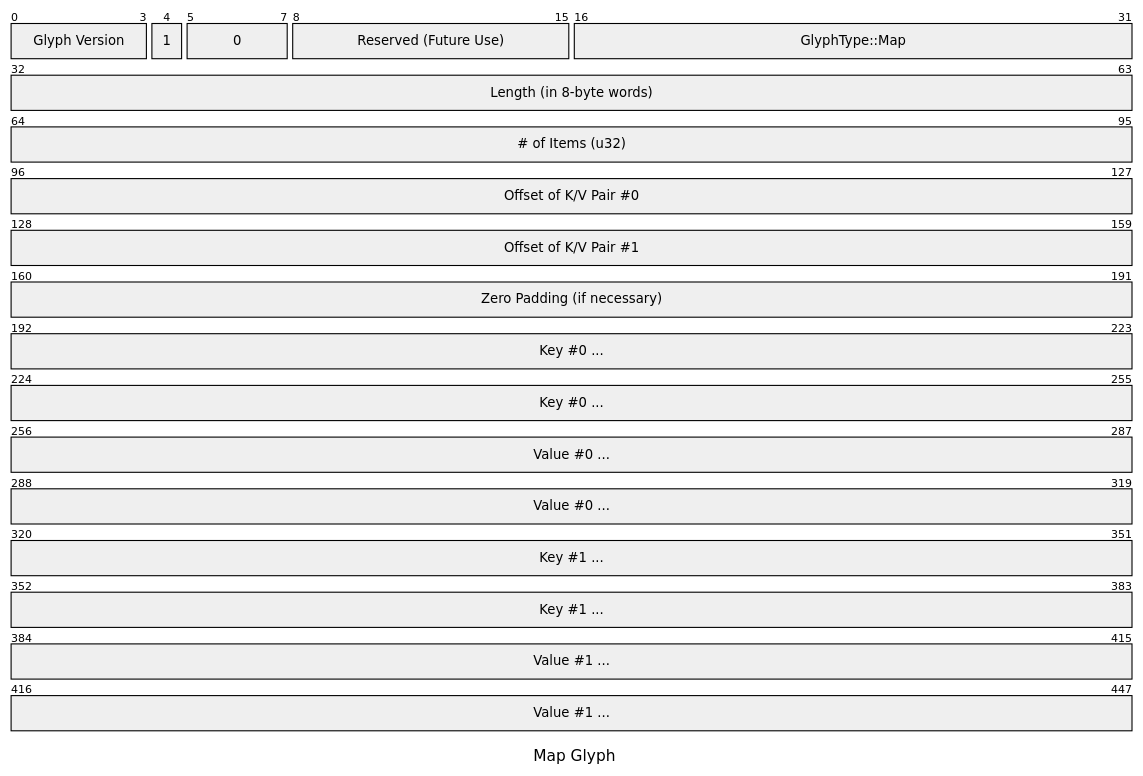
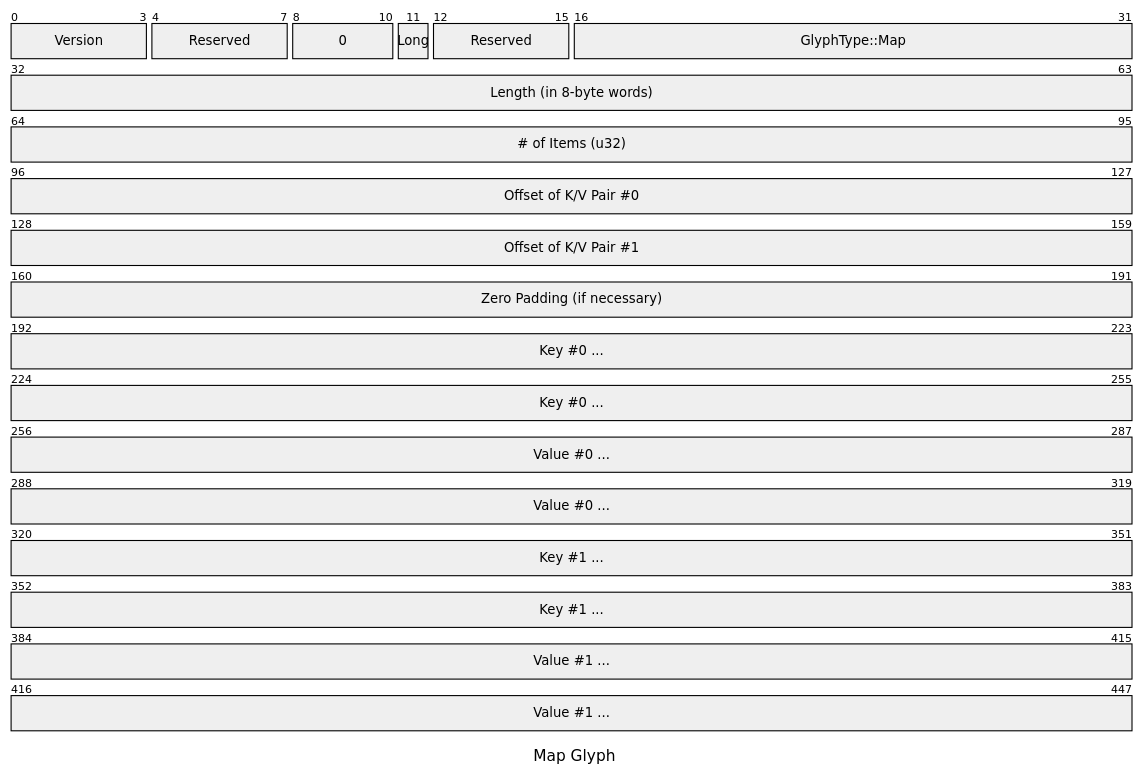
Diagram 13 of 15 in src/binary_formats.md (elara-themica/glifs-contributor-guide), drawn with Mermaid before and after one commit. The commit also changed other lines of this file, not shown here.

````diff
--- a/src/binary_formats.md
+++ b/src/binary_formats.md
@@ -307,20 +384,21 @@
 ```mermaid
 ---
 title: "Map Glyph"
 ---
 packet-beta
-0-3: "Glyph Version"
-4: "1"
-5-7: "0"
-8-15: "Reserved (Future Use)"
+0-3: "Version"
+4-7: "Reserved"
+8-10: "0"
+11: "Long"
+12-15: "Reserved"
 16-31: "GlyphType::Map"
 32-63: "Length (in 8-byte words)"
 64-95: "# of Items (u32)"
 96-127: "Offset of K/V Pair #0"
 128-159: "Offset of K/V Pair #1"
 160-191: "Zero Padding (if necessary)"
 192-255: "Key #0 ..."
 256-319: "Value #0 ..."
 320-383: "Key #1 ..."
 384-447: "Value #1 ..."
 ```
````
